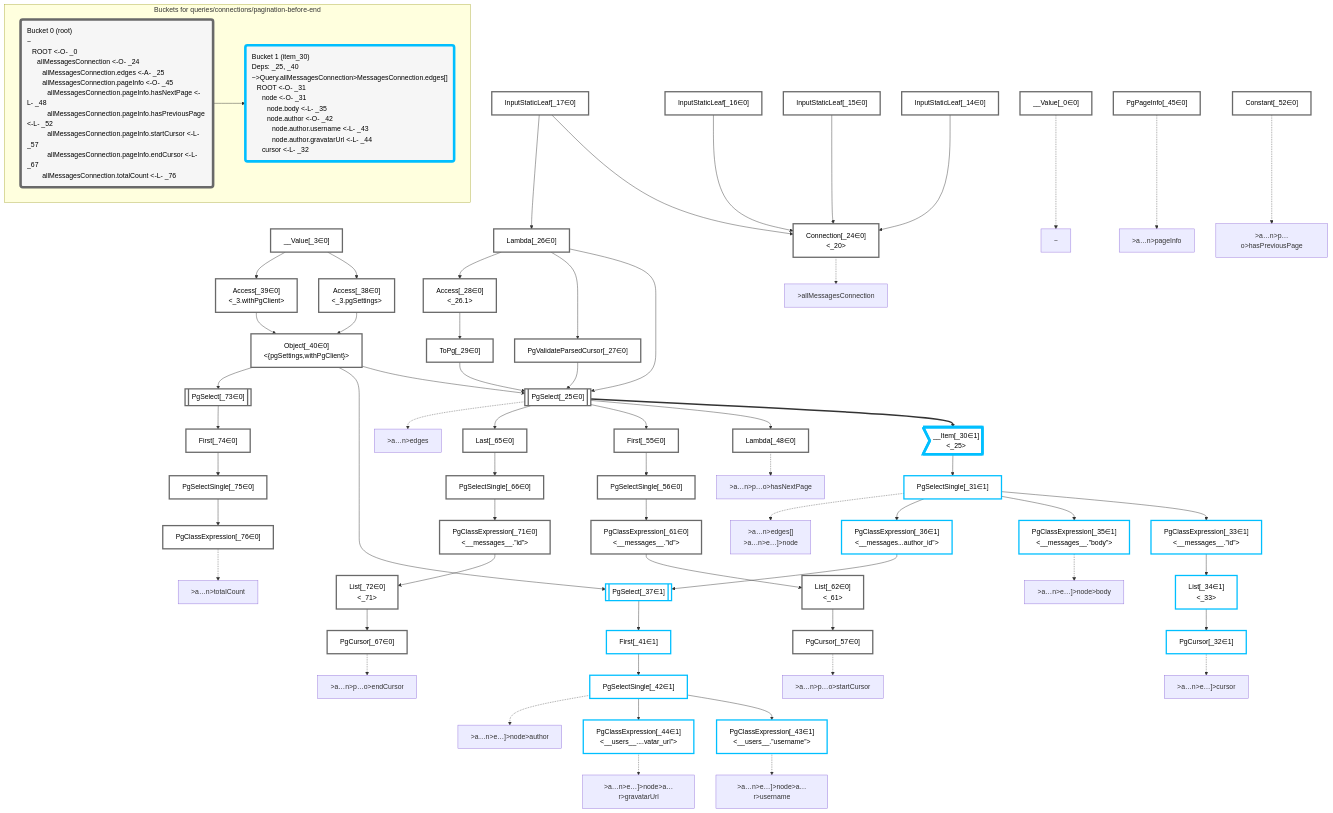
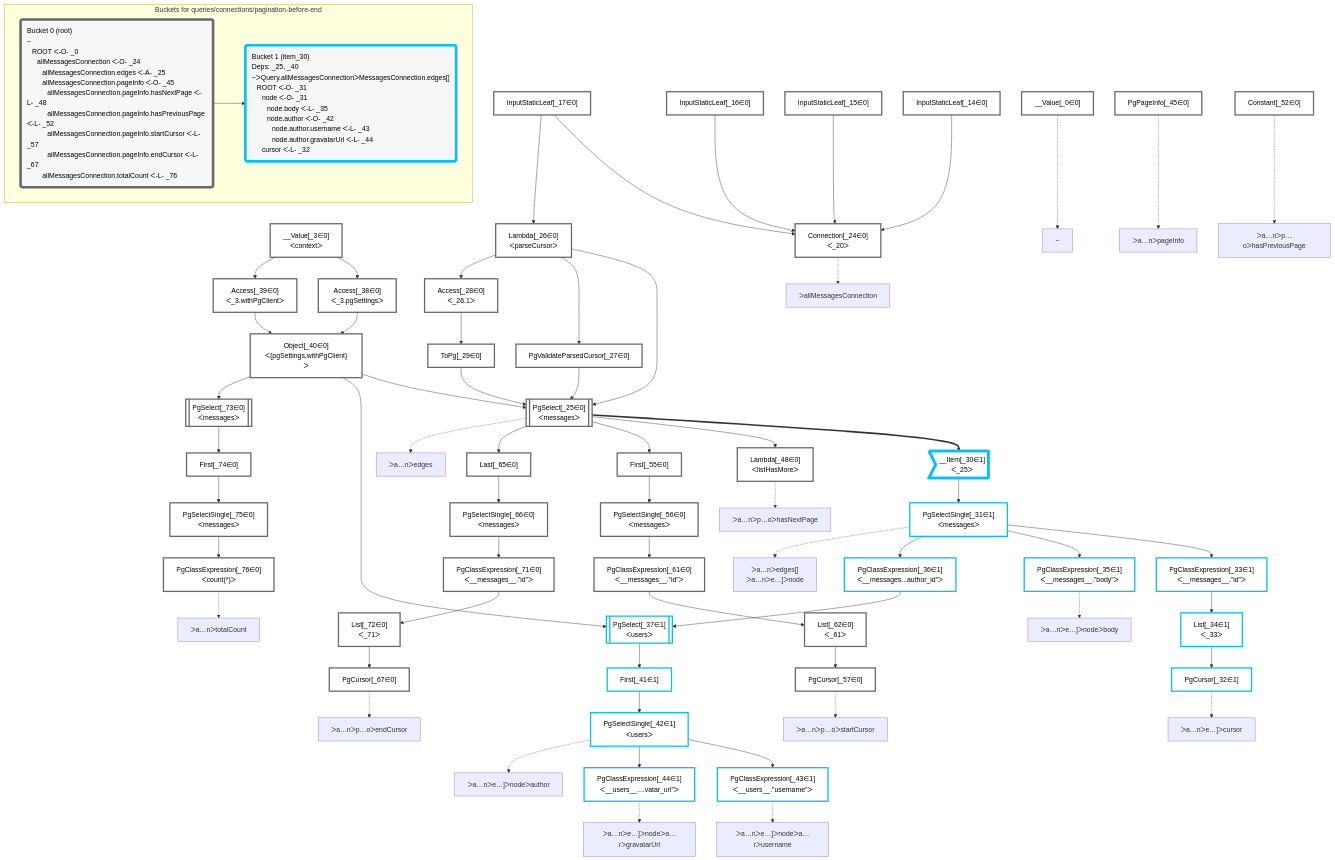
Before and after one commit to graphile/crystal: the diagram in packages/dataplan-pg/__tests__/queries/connections/pagination-before-end.deopt.mermaid.md, drawn with Mermaid. The commit also changed 195 other files, not shown here.

```diff
--- a/packages/dataplan-pg/__tests__/queries/connections/pagination-before-end.deopt.mermaid.md
+++ b/packages/dataplan-pg/__tests__/queries/connections/pagination-before-end.deopt.mermaid.md
@@ -9,49 +9,49 @@
 
     %% define plans
     __Value_0["__Value[_0∈0]"]:::plan
-    __Value_3["__Value[_3∈0]<br /><context>"]:::plan
+    __Value_3["__Value[_3∈0]<br />ᐸcontextᐳ"]:::plan
     InputStaticLeaf_14["InputStaticLeaf[_14∈0]"]:::plan
     InputStaticLeaf_15["InputStaticLeaf[_15∈0]"]:::plan
     InputStaticLeaf_16["InputStaticLeaf[_16∈0]"]:::plan
     InputStaticLeaf_17["InputStaticLeaf[_17∈0]"]:::plan
-    Connection_24["Connection[_24∈0]<br /><_20>"]:::plan
-    PgSelect_25[["PgSelect[_25∈0]<br /><messages>"]]:::plan
-    Lambda_26["Lambda[_26∈0]<br /><parseCursor>"]:::plan
+    Connection_24["Connection[_24∈0]<br />ᐸ_20ᐳ"]:::plan
+    PgSelect_25[["PgSelect[_25∈0]<br />ᐸmessagesᐳ"]]:::plan
+    Lambda_26["Lambda[_26∈0]<br />ᐸparseCursorᐳ"]:::plan
     PgValidateParsedCursor_27["PgValidateParsedCursor[_27∈0]"]:::plan
-    Access_28["Access[_28∈0]<br /><_26.1>"]:::plan
+    Access_28["Access[_28∈0]<br />ᐸ_26.1ᐳ"]:::plan
     ToPg_29["ToPg[_29∈0]"]:::plan
-    __Item_30>"__Item[_30∈1]<br /><_25>"]:::itemplan
-    PgSelectSingle_31["PgSelectSingle[_31∈1]<br /><messages>"]:::plan
+    __Item_30>"__Item[_30∈1]<br />ᐸ_25ᐳ"]:::itemplan
+    PgSelectSingle_31["PgSelectSingle[_31∈1]<br />ᐸmessagesᐳ"]:::plan
     PgCursor_32["PgCursor[_32∈1]"]:::plan
-    PgClassExpression_33["PgClassExpression[_33∈1]<br /><__messages__.”id”>"]:::plan
-    List_34["List[_34∈1]<br /><_33>"]:::plan
-    PgClassExpression_35["PgClassExpression[_35∈1]<br /><__messages__.”body”>"]:::plan
-    PgClassExpression_36["PgClassExpression[_36∈1]<br /><__messages...author_id”>"]:::plan
-    PgSelect_37[["PgSelect[_37∈1]<br /><users>"]]:::plan
-    Access_38["Access[_38∈0]<br /><_3.pgSettings>"]:::plan
-    Access_39["Access[_39∈0]<br /><_3.withPgClient>"]:::plan
-    Object_40["Object[_40∈0]<br /><{pgSettings,withPgClient}>"]:::plan
+    PgClassExpression_33["PgClassExpression[_33∈1]<br />ᐸ__messages__.”id”ᐳ"]:::plan
+    List_34["List[_34∈1]<br />ᐸ_33ᐳ"]:::plan
+    PgClassExpression_35["PgClassExpression[_35∈1]<br />ᐸ__messages__.”body”ᐳ"]:::plan
+    PgClassExpression_36["PgClassExpression[_36∈1]<br />ᐸ__messages...author_id”ᐳ"]:::plan
+    PgSelect_37[["PgSelect[_37∈1]<br />ᐸusersᐳ"]]:::plan
+    Access_38["Access[_38∈0]<br />ᐸ_3.pgSettingsᐳ"]:::plan
+    Access_39["Access[_39∈0]<br />ᐸ_3.withPgClientᐳ"]:::plan
+    Object_40["Object[_40∈0]<br />ᐸ{pgSettings,withPgClient}ᐳ"]:::plan
     First_41["First[_41∈1]"]:::plan
-    PgSelectSingle_42["PgSelectSingle[_42∈1]<br /><users>"]:::plan
-    PgClassExpression_43["PgClassExpression[_43∈1]<br /><__users__.”username”>"]:::plan
-    PgClassExpression_44["PgClassExpression[_44∈1]<br /><__users__....vatar_url”>"]:::plan
+    PgSelectSingle_42["PgSelectSingle[_42∈1]<br />ᐸusersᐳ"]:::plan
+    PgClassExpression_43["PgClassExpression[_43∈1]<br />ᐸ__users__.”username”ᐳ"]:::plan
+    PgClassExpression_44["PgClassExpression[_44∈1]<br />ᐸ__users__....vatar_url”ᐳ"]:::plan
     PgPageInfo_45["PgPageInfo[_45∈0]"]:::plan
-    Lambda_48["Lambda[_48∈0]<br /><listHasMore>"]:::plan
+    Lambda_48["Lambda[_48∈0]<br />ᐸlistHasMoreᐳ"]:::plan
     Constant_52["Constant[_52∈0]"]:::plan
     First_55["First[_55∈0]"]:::plan
-    PgSelectSingle_56["PgSelectSingle[_56∈0]<br /><messages>"]:::plan
+    PgSelectSingle_56["PgSelectSingle[_56∈0]<br />ᐸmessagesᐳ"]:::plan
     PgCursor_57["PgCursor[_57∈0]"]:::plan
-    PgClassExpression_61["PgClassExpression[_61∈0]<br /><__messages__.”id”>"]:::plan
-    List_62["List[_62∈0]<br /><_61>"]:::plan
+    PgClassExpression_61["PgClassExpression[_61∈0]<br />ᐸ__messages__.”id”ᐳ"]:::plan
+    List_62["List[_62∈0]<br />ᐸ_61ᐳ"]:::plan
     Last_65["Last[_65∈0]"]:::plan
-    PgSelectSingle_66["PgSelectSingle[_66∈0]<br /><messages>"]:::plan
+    PgSelectSingle_66["PgSelectSingle[_66∈0]<br />ᐸmessagesᐳ"]:::plan
     PgCursor_67["PgCursor[_67∈0]"]:::plan
-    PgClassExpression_71["PgClassExpression[_71∈0]<br /><__messages__.”id”>"]:::plan
-    List_72["List[_72∈0]<br /><_71>"]:::plan
-    PgSelect_73[["PgSelect[_73∈0]<br /><messages>"]]:::plan
+    PgClassExpression_71["PgClassExpression[_71∈0]<br />ᐸ__messages__.”id”ᐳ"]:::plan
+    List_72["List[_72∈0]<br />ᐸ_71ᐳ"]:::plan
+    PgSelect_73[["PgSelect[_73∈0]<br />ᐸmessagesᐳ"]]:::plan
     First_74["First[_74∈0]"]:::plan
-    PgSelectSingle_75["PgSelectSingle[_75∈0]<br /><messages>"]:::plan
-    PgClassExpression_76["PgClassExpression[_76∈0]<br /><count(*)>"]:::plan
+    PgSelectSingle_75["PgSelectSingle[_75∈0]<br />ᐸmessagesᐳ"]:::plan
+    PgClassExpression_76["PgClassExpression[_76∈0]<br />ᐸcount(*)ᐳ"]:::plan
 
     %% plan dependencies
     InputStaticLeaf_14 --> Connection_24
@@ -102,33 +102,33 @@
     %% plan-to-path relationships
     P_0["~"]
     __Value_0 -.-> P_0
-    P_24[">allMessagesConnection"]
+    P_24["ᐳallMessagesConnection"]
     Connection_24 -.-> P_24
-    P_25[">a…n>edges"]
+    P_25["ᐳa…nᐳedges"]
     PgSelect_25 -.-> P_25
-    P_31[">a…n>edges[]<br />>a…n>e…]>node"]
+    P_31["ᐳa…nᐳedges[]<br />ᐳa…nᐳe…]ᐳnode"]
     PgSelectSingle_31 -.-> P_31
-    P_32[">a…n>e…]>cursor"]
+    P_32["ᐳa…nᐳe…]ᐳcursor"]
     PgCursor_32 -.-> P_32
-    P_35[">a…n>e…]>node>body"]
+    P_35["ᐳa…nᐳe…]ᐳnodeᐳbody"]
     PgClassExpression_35 -.-> P_35
-    P_42[">a…n>e…]>node>author"]
+    P_42["ᐳa…nᐳe…]ᐳnodeᐳauthor"]
     PgSelectSingle_42 -.-> P_42
-    P_43[">a…n>e…]>node>a…r>username"]
+    P_43["ᐳa…nᐳe…]ᐳnodeᐳa…rᐳusername"]
     PgClassExpression_43 -.-> P_43
-    P_44[">a…n>e…]>node>a…r>gravatarUrl"]
+    P_44["ᐳa…nᐳe…]ᐳnodeᐳa…rᐳgravatarUrl"]
     PgClassExpression_44 -.-> P_44
-    P_45[">a…n>pageInfo"]
+    P_45["ᐳa…nᐳpageInfo"]
     PgPageInfo_45 -.-> P_45
-    P_48[">a…n>p…o>hasNextPage"]
+    P_48["ᐳa…nᐳp…oᐳhasNextPage"]
     Lambda_48 -.-> P_48
-    P_52[">a…n>p…o>hasPreviousPage"]
+    P_52["ᐳa…nᐳp…oᐳhasPreviousPage"]
     Constant_52 -.-> P_52
-    P_57[">a…n>p…o>startCursor"]
+    P_57["ᐳa…nᐳp…oᐳstartCursor"]
     PgCursor_57 -.-> P_57
-    P_67[">a…n>p…o>endCursor"]
+    P_67["ᐳa…nᐳp…oᐳendCursor"]
     PgCursor_67 -.-> P_67
-    P_76[">a…n>totalCount"]
+    P_76["ᐳa…nᐳtotalCount"]
     PgClassExpression_76 -.-> P_76
 
     %% allocate buckets
@@ -138,9 +138,9 @@
     class __Item_30,PgSelectSingle_31,PgCursor_32,PgClassExpression_33,List_34,PgClassExpression_35,PgClassExpression_36,PgSelect_37,First_41,PgSelectSingle_42,PgClassExpression_43,PgClassExpression_44 bucket1
 
     subgraph "Buckets for queries/connections/pagination-before-end"
-    Bucket0("Bucket 0 (root)<br />~<br />⠀ROOT <-O- _0<br />⠀⠀allMessagesConnection <-O- _24<br />⠀⠀⠀allMessagesConnection.edges <-A- _25<br />⠀⠀⠀allMessagesConnection.pageInfo <-O- _45<br />⠀⠀⠀⠀allMessagesConnection.pageInfo.hasNextPage <-L- _48<br />⠀⠀⠀⠀allMessagesConnection.pageInfo.hasPreviousPage <-L- _52<br />⠀⠀⠀⠀allMessagesConnection.pageInfo.startCursor <-L- _57<br />⠀⠀⠀⠀allMessagesConnection.pageInfo.endCursor <-L- _67<br />⠀⠀⠀allMessagesConnection.totalCount <-L- _76"):::bucket
+    Bucket0("Bucket 0 (root)<br />~<br />⠀ROOT ᐸ-O- _0<br />⠀⠀allMessagesConnection ᐸ-O- _24<br />⠀⠀⠀allMessagesConnection.edges ᐸ-A- _25<br />⠀⠀⠀allMessagesConnection.pageInfo ᐸ-O- _45<br />⠀⠀⠀⠀allMessagesConnection.pageInfo.hasNextPage ᐸ-L- _48<br />⠀⠀⠀⠀allMessagesConnection.pageInfo.hasPreviousPage ᐸ-L- _52<br />⠀⠀⠀⠀allMessagesConnection.pageInfo.startCursor ᐸ-L- _57<br />⠀⠀⠀⠀allMessagesConnection.pageInfo.endCursor ᐸ-L- _67<br />⠀⠀⠀allMessagesConnection.totalCount ᐸ-L- _76"):::bucket
     style Bucket0 stroke:#696969
-    Bucket1("Bucket 1 (item_30)<br />Deps: _25, _40<br />~>Query.allMessagesConnection>MessagesConnection.edges[]<br />⠀ROOT <-O- _31<br />⠀⠀node <-O- _31<br />⠀⠀⠀node.body <-L- _35<br />⠀⠀⠀node.author <-O- _42<br />⠀⠀⠀⠀node.author.username <-L- _43<br />⠀⠀⠀⠀node.author.gravatarUrl <-L- _44<br />⠀⠀cursor <-L- _32"):::bucket
+    Bucket1("Bucket 1 (item_30)<br />Deps: _25, _40<br />~ᐳQuery.allMessagesConnectionᐳMessagesConnection.edges[]<br />⠀ROOT ᐸ-O- _31<br />⠀⠀node ᐸ-O- _31<br />⠀⠀⠀node.body ᐸ-L- _35<br />⠀⠀⠀node.author ᐸ-O- _42<br />⠀⠀⠀⠀node.author.username ᐸ-L- _43<br />⠀⠀⠀⠀node.author.gravatarUrl ᐸ-L- _44<br />⠀⠀cursor ᐸ-L- _32"):::bucket
     style Bucket1 stroke:#00bfff
     Bucket0 --> Bucket1
     end
```
